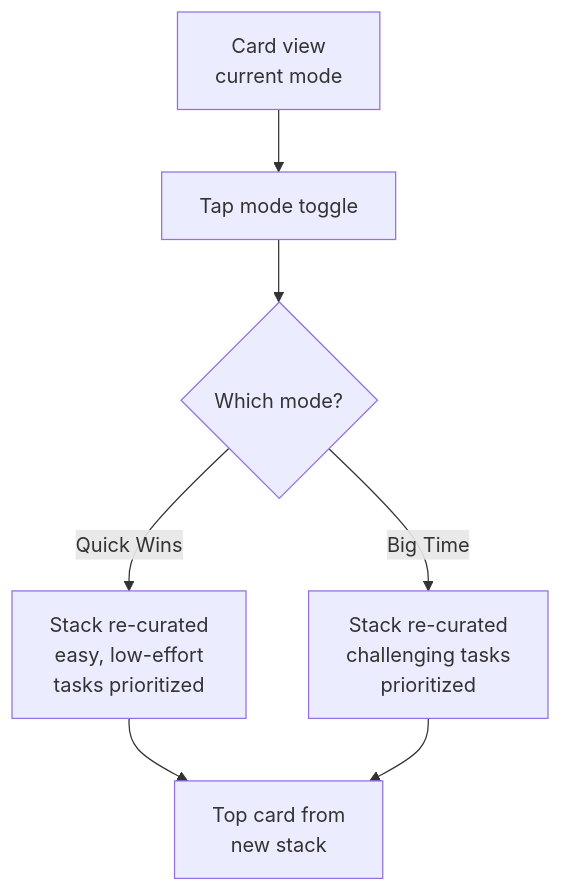
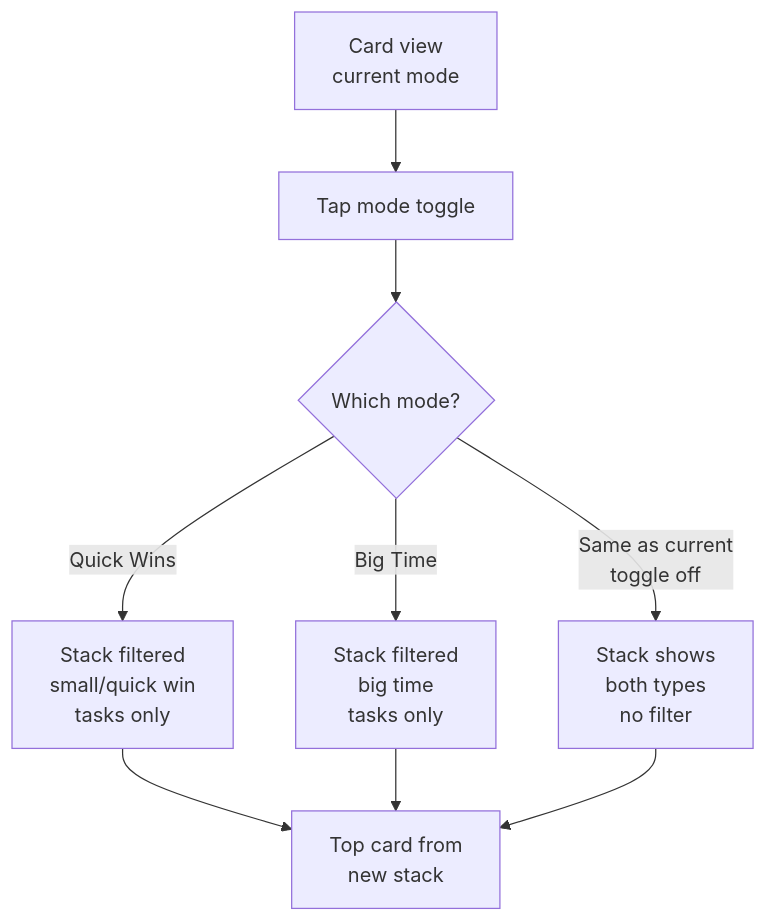
One commit to finnmerlett/one-down--expo-bmad changed the fifth of 6 diagrams in _bmad-output/planning-artifacts/ux-design-specification.md. Above: the diagram before and after it, drawn with Mermaid. The commit also changed other lines of this file and 5 other files, not shown here.

````diff
--- a/_bmad-output/planning-artifacts/ux-design-specification.md
+++ b/_bmad-output/planning-artifacts/ux-design-specification.md
@@ -451,9 +452,11 @@
 ```mermaid
 flowchart TD
     A["Card view<br/>current mode"] --> B[Tap mode toggle]
     B --> C{Which mode?}
-    C -->|Quick Wins| D["Stack re-curated<br/>easy, low-effort<br/>tasks prioritized"]
-    C -->|Big Time| E["Stack re-curated<br/>challenging tasks<br/>prioritized"]
-    D --> F["Top card from<br/>new stack"]
-    E --> F
+    C -->|Quick Wins| D["Stack filtered<br/>small/quick win<br/>tasks only"]
+    C -->|Big Time| E["Stack filtered<br/>big time<br/>tasks only"]
+    C -->|Same as current<br/>toggle off| F["Stack shows<br/>both types<br/>no filter"]
+    D --> G["Top card from<br/>new stack"]
+    E --> G
+    F --> G
 ```
````
